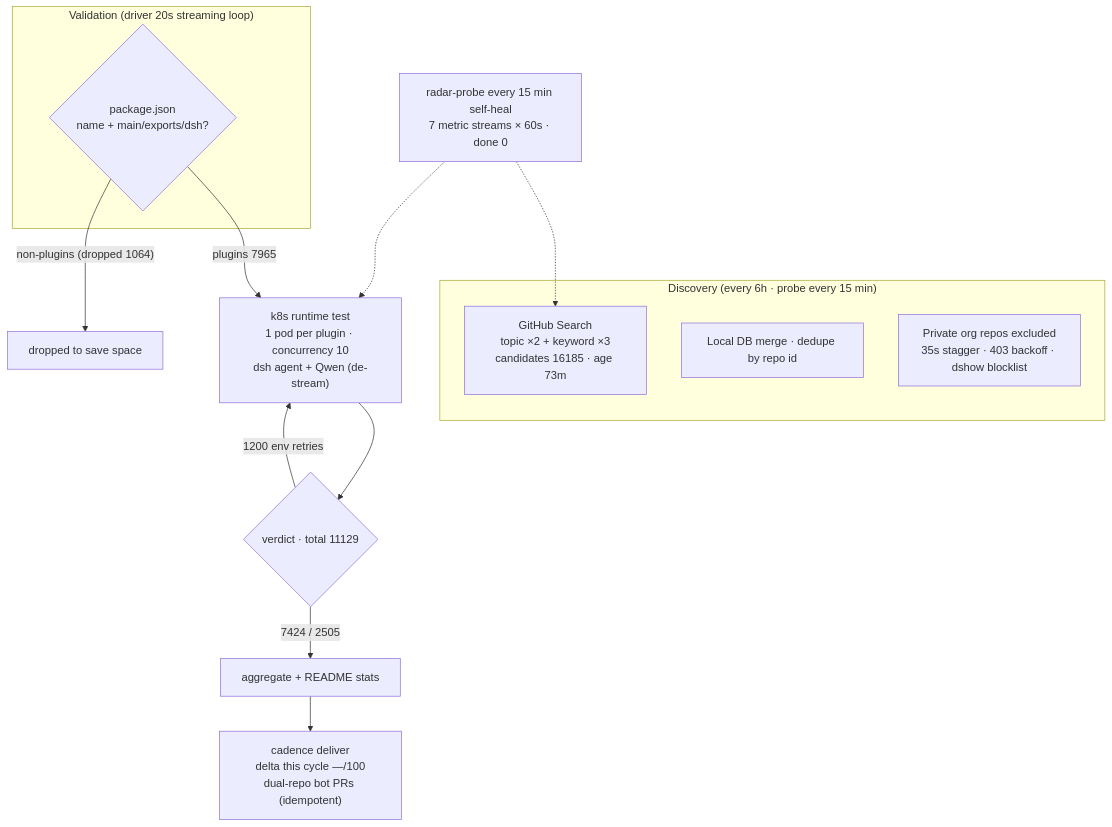
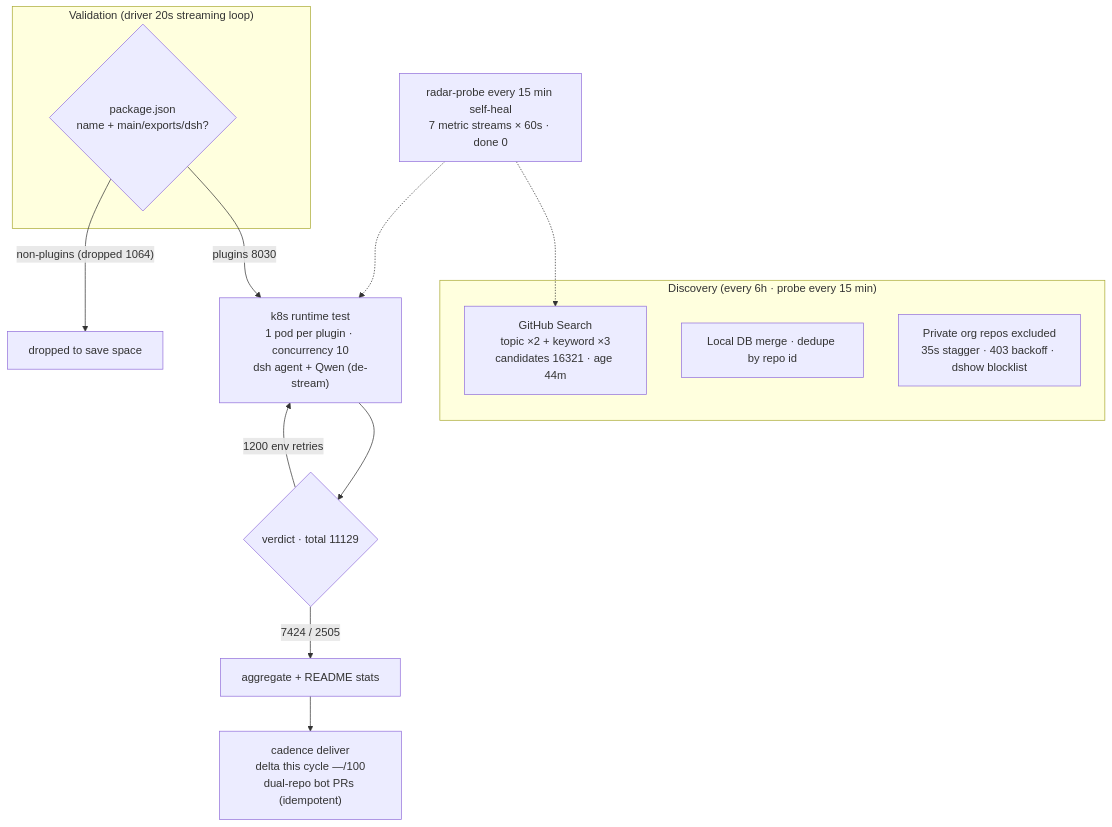
The diagram in README.en-US.md (Zhidao-Lab-OSS/awesome-dsh-plugins), drawn with Mermaid before and after one commit. The commit also changed other lines of this file and 2 other files, not shown here.

````diff
--- a/README.en-US.md
+++ b/README.en-US.md
@@ -45,20 +45,20 @@
 ```mermaid
 flowchart TB
     subgraph Discovery["Discovery (every 6h · probe every 15 min)"]
-        A1["GitHub Search<br/>topic ×2 + keyword ×3<br/>candidates 16185 · age 73m"]
+        A1["GitHub Search<br/>topic ×2 + keyword ×3<br/>candidates 16321 · age 44m"]
         A2["Local DB merge · dedupe by repo id"]
         A3["Private org repos excluded<br/>35s stagger · 403 backoff · dshow blocklist"]
     end
     subgraph Validation["Validation (driver 20s streaming loop)"]
         B1{"package.json<br/>name + main/exports/dsh?"}
     end
-    B1 -->|"plugins 7965"| C1["k8s runtime test<br/>1 pod per plugin · concurrency 10<br/>dsh agent + Qwen (de-stream)"]
+    B1 -->|"plugins 8030"| C1["k8s runtime test<br/>1 pod per plugin · concurrency 10<br/>dsh agent + Qwen (de-stream)"]
     B1 -->|"non-plugins (dropped 1064)"| B3["dropped to save space"]
     C1 --> D1{"verdict · total 11129"}
     D1 -->|"7424 / 2505"| E1["aggregate + README stats"]
     D1 -->|"1200 env retries"| C1
     E1 --> E2["cadence deliver<br/>delta this cycle —/100<br/>dual-repo bot PRs (idempotent)"]
     M["radar-probe every 15 min self-heal<br/>7 metric streams × 60s · done 0"]
     M -.-> A1
     M -.-> C1
 ```
````
